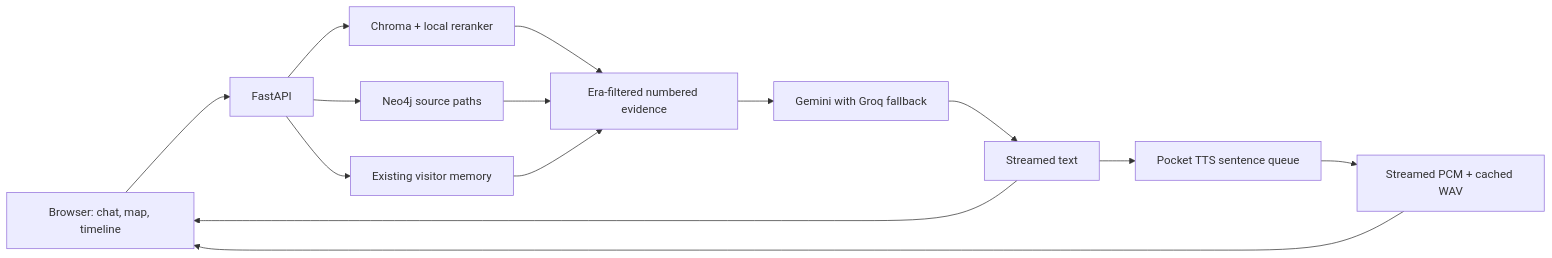
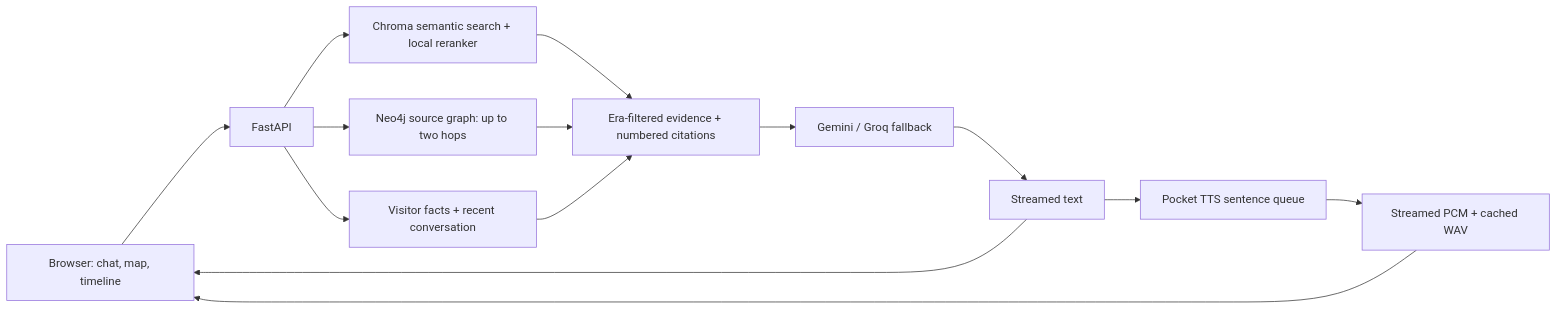
Before and after one commit to Ritwik389/digital-twin: the diagram in README.md, drawn with Mermaid. The commit also changed other lines of this file and 1 other file, not shown here.

````diff
--- a/README.md
+++ b/README.md
@@ -69,16 +46,16 @@
 ```mermaid
 flowchart LR
     UI[Browser: chat, map, timeline] --> API[FastAPI]
-    API --> RAG[Chroma + local reranker]
-    API --> SG[Neo4j source paths]
-    API --> MEM[Existing visitor memory]
-    RAG --> PROMPT[Era-filtered numbered evidence]
+    API --> RAG[Chroma semantic search + local reranker]
+    API --> SG[Neo4j source graph: up to two hops]
+    API --> MEM[Visitor facts + recent conversation]
+    RAG --> PROMPT[Era-filtered evidence + numbered citations]
     SG --> PROMPT
     MEM --> PROMPT
-    PROMPT --> LLM[Gemini with Groq fallback]
+    PROMPT --> LLM[Gemini / Groq fallback]
     LLM --> TEXT[Streamed text]
     TEXT --> TTS[Pocket TTS sentence queue]
     TTS --> PCM[Streamed PCM + cached WAV]
     TEXT --> UI
     PCM --> UI
 ```
````
